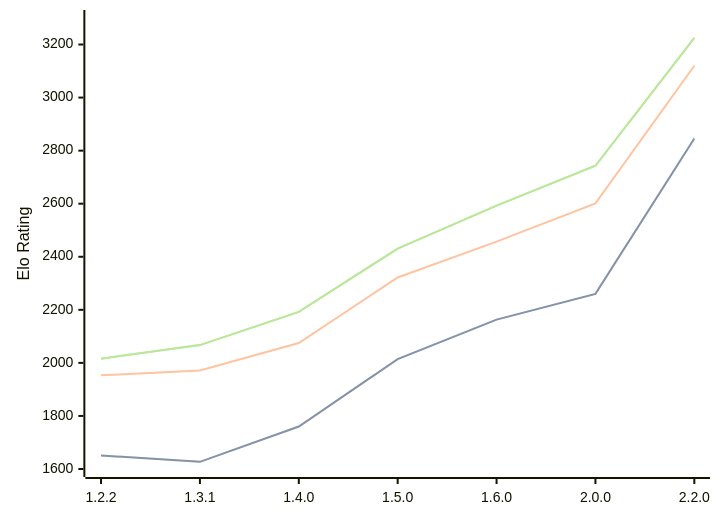
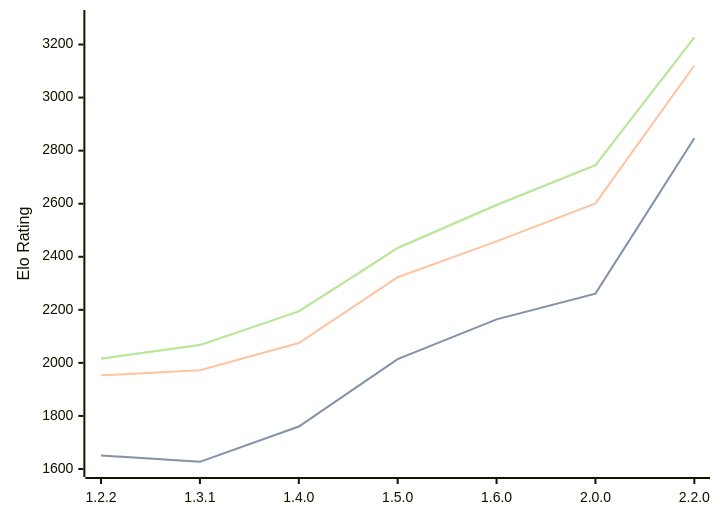
One commit to computer-chess-index/cci changed the diagram in engines/SoloEngine.md. Above: the diagram before and after it, drawn with Mermaid. The commit also changed other lines of this file, not shown here.

Commit message:
Update CCI Ratings (ELO VLTC) - 2026-07-23

````diff
--- a/engines/SoloEngine.md
+++ b/engines/SoloEngine.md
@@ -38,11 +38,11 @@
 ```mermaid
 %%{init: {"theme":"base","themeVariables":{"seriesColors:['#a3a3a3','#222221','#faa371']}}}%%
 xychart-beta
   x-axis ["1.2.2", "1.3.1", "1.4.0", "1.5.0", "1.6.0", "2.0.0", "2.2.0"]
   y-axis "Elo Rating" 1600 --> 3300
-  line "STC (8.0+0.08s)" [1651, 1627, 1760, 2014, 2163, 2260, 2846]
-  line "STC (8.0+0.08s)" [1651, 1627, 1760, 2014, 2163, 2260, 2846]
-  line "LTC (60.0+0.60s)" [1953, 1971, 2075, 2322, 2457, 2601, 3120]
-  line "VLTC (2m24s+1.12s)" [2016, 2067, 2192, 2431, 2593, 2743, 3225]
-  line "VLTC (2m24s+1.12s)" [2016, 2067, 2192, 2431, 2593, 2743, 3225]
+  line "STC (8.0+0.08s)" [1651, 1627, 1760, 2014, 2164, 2261, 2847]
+  line "STC (8.0+0.08s)" [1651, 1627, 1760, 2014, 2164, 2261, 2847]
+  line "LTC (60.0+0.60s)" [1953, 1972, 2075, 2323, 2458, 2601, 3121]
+  line "VLTC (2m24s+1.12s)" [2016, 2067, 2194, 2433, 2595, 2745, 3227]
+  line "VLTC (2m24s+1.12s)" [2016, 2067, 2194, 2433, 2595, 2745, 3227]
 ```
````
